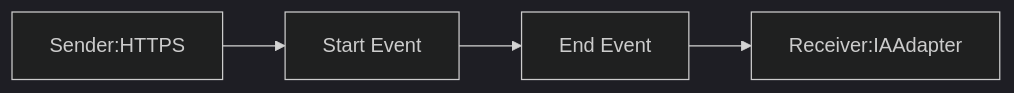
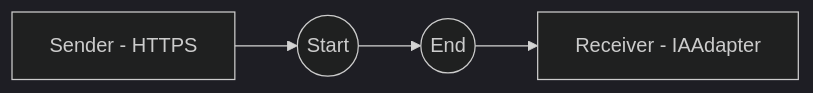
Before and after one commit to Avvale-IA-CICD/AvvaleCPI: the diagram in b+ dgtal IA/Testing_Endpoint-1.0.0/readme.md, drawn with Mermaid (dark theme). The commit also changed other lines of this file, not shown here.

````diff
--- a/b+ dgtal IA/Testing_Endpoint-1.0.0/readme.md
+++ b/b+ dgtal IA/Testing_Endpoint-1.0.0/readme.md
@@ -4,6 +4,6 @@
 ```mermaid
 graph LR
-    Sender[Sender:HTTPS] --> Start[Start Event]
-    Start --> End[End Event]
-    End --> Receiver[Receiver:IAAdapter]
+    Sender[Sender - HTTPS] --> StartEvent((Start))
+    StartEvent --> EndEvent((End))
+    EndEvent --> Receiver[Receiver - IAAdapter]
 ```
````
